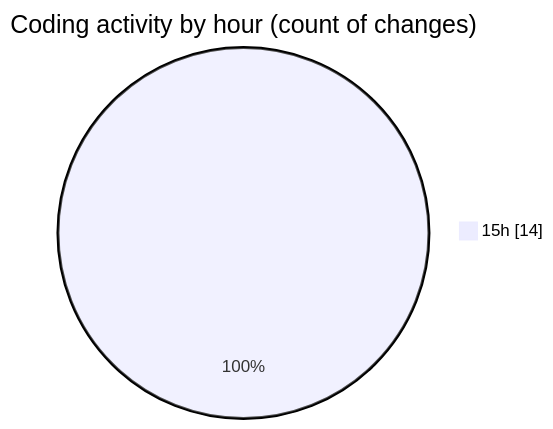
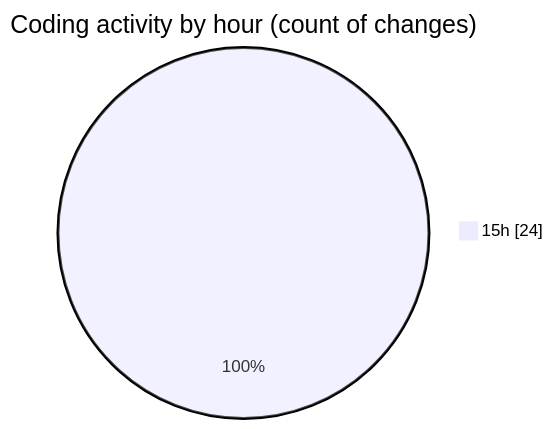
The second of 2 diagrams in 2025-04-07/sungpt/README.md (Elitesun/code-tracking), drawn with Mermaid before and after one commit. The commit also changed other lines of this file and 1 other file, not shown here.

````diff
--- a/2025-04-07/sungpt/README.md
+++ b/2025-04-07/sungpt/README.md
@@ -32,5 +35,5 @@
 ```mermaid
 pie showData
 title Coding activity by hour (count of changes)
-"15h" : 14
+"15h" : 24
 ```
````
